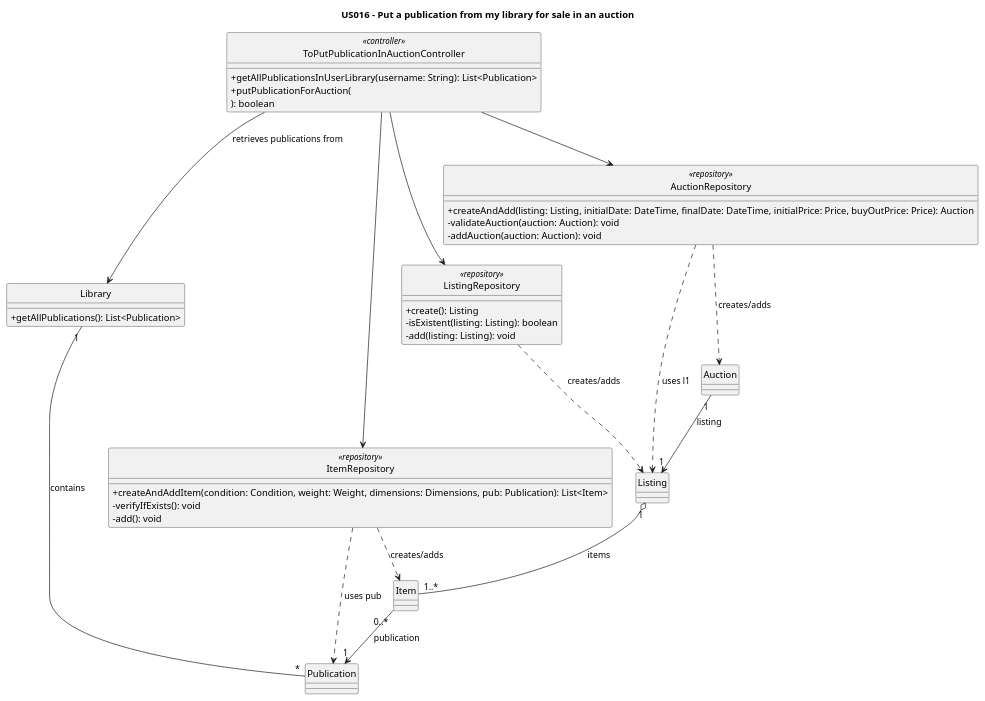
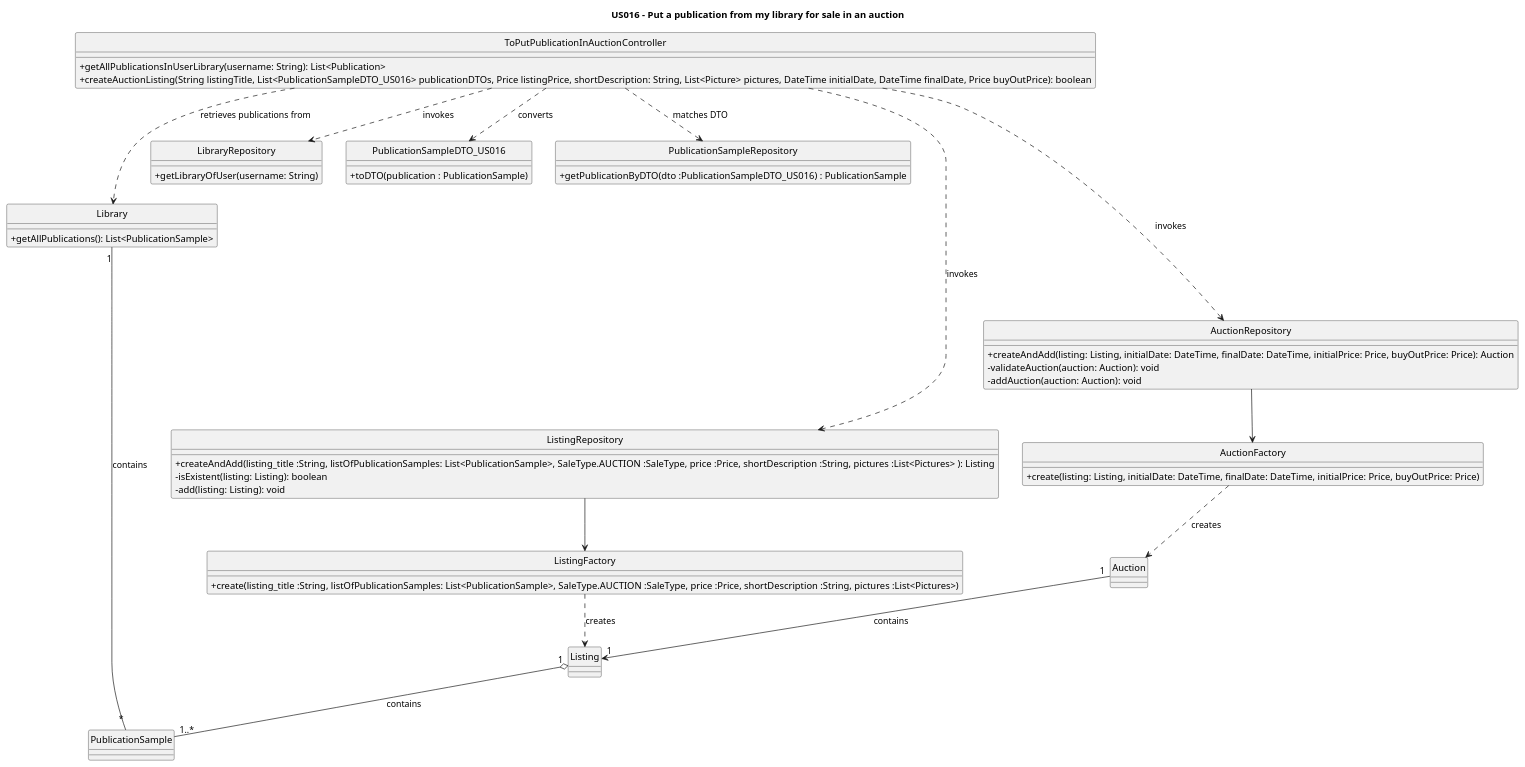
The diagram in Diagrams/ClassDiagrams/US016-to-put-for-sale-as-Auction-publication-in-my-library.puml (AndrePereiraGitH/SWitCH-Project-Team_A), drawn with PlantUML before and after one commit. The commit also changed 1 other file, not shown here.

Commit message:
working on #214 #217, include listing and auction factories in the design

```diff
--- a/Diagrams/ClassDiagrams/US016-to-put-for-sale-as-Auction-publication-in-my-library.puml
+++ b/Diagrams/ClassDiagrams/US016-to-put-for-sale-as-Auction-publication-in-my-library.puml
@@ -1,77 +1,79 @@
 @startuml
 hide circle
 skinparam classAttributeIconSize 0
 title US016 - Put a publication from my library for sale in an auction
 
 
 
-class ToPutPublicationInAuctionController <<controller>> {
+class ToPutPublicationInAuctionController {
   +getAllPublicationsInUserLibrary(username: String): List<Publication>
-  +putPublicationForAuction(
-    /'-pub: Publication,
-    -listingPrice: Price,
-    -shortDescription: String,
-    -listingTitle: String,
-    -seller: String,
-    -initialDate: DateTime,
-    -finalDate: DateTime,
-    -initialPrice: Price,
-    -buyOutPrice: Price'/
-  ): boolean
+  +createAuctionListing(String listingTitle, List<PublicationSampleDTO_US016> publicationDTOs, Price listingPrice, shortDescription: String, List<Picture> pictures, DateTime initialDate, DateTime finalDate, Price buyOutPrice): boolean
 }
 
 class Library  {
-  +getAllPublications(): List<Publication>
+  +getAllPublications(): List<PublicationSample>
 }
 
-class Publication
-class Item
 class Listing
 class Auction
 
-class ItemRepository <<repository>> {
-  +createAndAddItem(condition: Condition, weight: Weight, dimensions: Dimensions, pub: Publication): List<Item>
-  -verifyIfExists(): void
-  -add(): void
+class LibraryRepository {
+    +getLibraryOfUser(username: String)
 }
 
-class ListingRepository <<repository>> {
-  +create(): Listing
+class PublicationSampleDTO_US016 {
+    +toDTO(publication : PublicationSample)
+}
+
+class PublicationSampleRepository {
+    +getPublicationByDTO(dto :PublicationSampleDTO_US016) : PublicationSample
+}
+
+class ListingRepository {
+  +createAndAdd(listing_title :String, listOfPublicationSamples: List<PublicationSample>, SaleType.AUCTION :SaleType, price :Price, shortDescription :String, pictures :List<Pictures> ): Listing
   -isExistent(listing: Listing): boolean
   -add(listing: Listing): void
 }
 
-class AuctionRepository <<repository>> {
+class ListingFactory {
+    +create(listing_title :String, listOfPublicationSamples: List<PublicationSample>, SaleType.AUCTION :SaleType, price :Price, shortDescription :String, pictures :List<Pictures>)
+}
+
+class AuctionRepository {
   +createAndAdd(listing: Listing, initialDate: DateTime, finalDate: DateTime, initialPrice: Price, buyOutPrice: Price): Auction
   -validateAuction(auction: Auction): void
   -addAuction(auction: Auction): void
 }
 
+class AuctionFactory {
+    +create(listing: Listing, initialDate: DateTime, finalDate: DateTime, initialPrice: Price, buyOutPrice: Price)
+}
+
 '======================
 ' Controller uses
 '======================
-ToPutPublicationInAuctionController --> Library : retrieves publications from
-ToPutPublicationInAuctionController --> ItemRepository
-ToPutPublicationInAuctionController --> ListingRepository
-ToPutPublicationInAuctionController --> AuctionRepository
+ToPutPublicationInAuctionController ..> Library : retrieves publications from
+ToPutPublicationInAuctionController ..> LibraryRepository : invokes
+ToPutPublicationInAuctionController ..> PublicationSampleDTO_US016 : converts
+ToPutPublicationInAuctionController ..> PublicationSampleRepository : matches DTO
+ToPutPublicationInAuctionController .....> ListingRepository : invokes
+ToPutPublicationInAuctionController ....> AuctionRepository : invokes
 
 '======================
 ' Repositories handles with
 '======================
-ItemRepository ..> Item : creates/adds
-ItemRepository ..> Publication : uses pub
 
-ListingRepository ..> Listing : creates/adds
+ListingRepository --> ListingFactory
+ListingFactory ..> Listing : creates
 
-AuctionRepository ..> Auction : creates/adds
-AuctionRepository ..> Listing : uses l1
+AuctionRepository --> AuctionFactory
+AuctionFactory ..> Auction : creates
 
 '======================
 ' Domain interactions
 '======================
-Library "1" -- "*" Publication : contains
-Item "0..*" --> "1" Publication : publication
-Listing "1" o-- "1..*" Item : items
-Auction "1" --> "1" Listing : listing
+Library "1" -- "*" PublicationSample : contains
+Listing "1" o-- "1..*" PublicationSample : contains
+Auction "1" --> "1" Listing : contains
 
 @enduml
```
